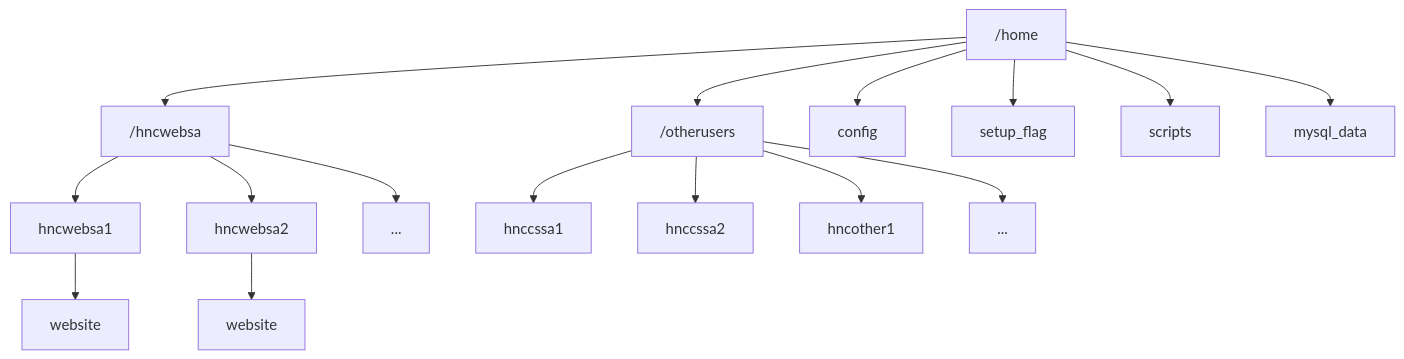
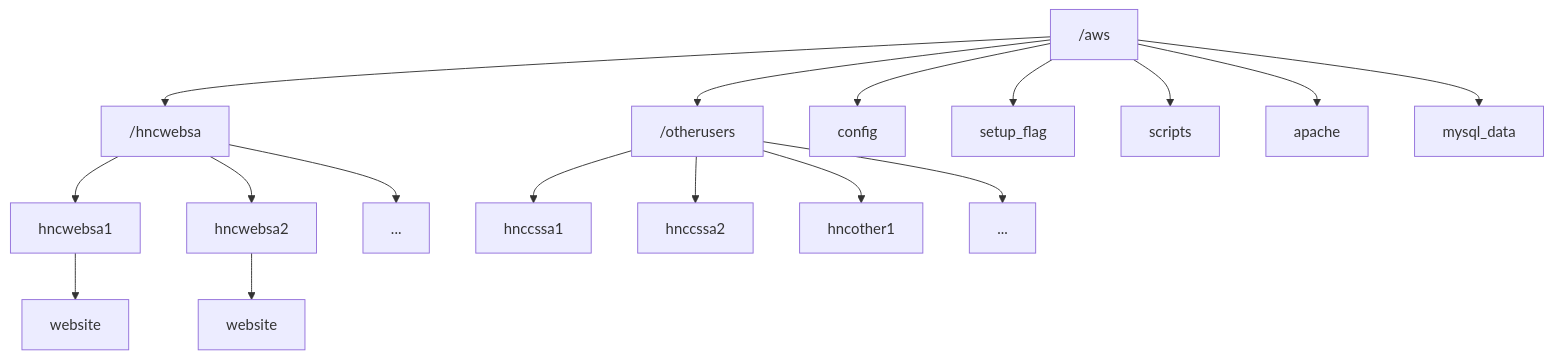
The second of 3 diagrams in README.md (kennyHH/AWS), drawn with Mermaid before and after one commit. The commit also changed other lines of this file, not shown here.

````diff
--- a/README.md
+++ b/README.md
@@ -96,18 +96,19 @@
 ```mermaid
 graph TD
-    A["/home"] --> B["/hncwebsa"]
+    A["/aws"] --> B["/hncwebsa"]
     A --> C["/otherusers"]
     A --> D["config"]
     A --> E["setup_flag"]
     A --> F["scripts"]
+    A --> Z["apache"]
     A --> G["mysql_data"]
     B --> H["hncwebsa1"]
     B --> I["hncwebsa2"]
     B --> J["..."]
     C --> K["hnccssa1"]
     C --> L["hnccssa2"]
     C --> M["hncother1"]
     C --> N["..."]
     H --> O["website"]
     I --> P["website"]
 ```
````
